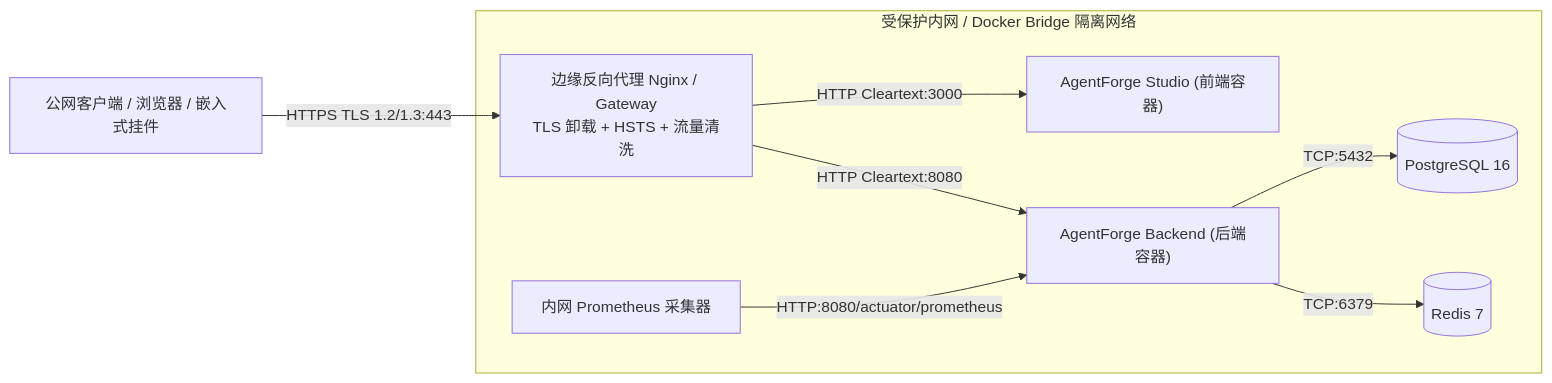
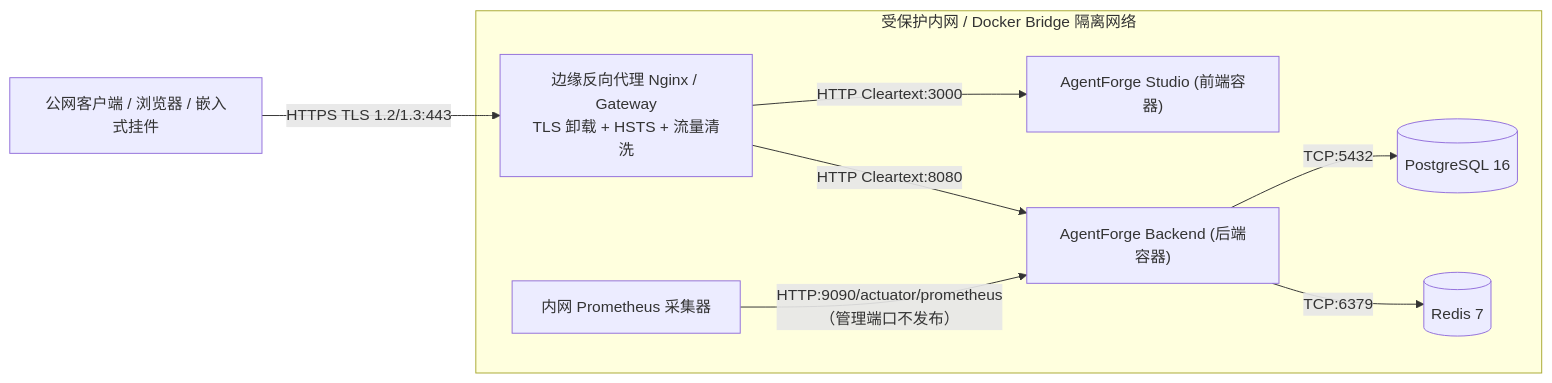
The third of 3 diagrams in docs/ARCHITECTURE.md (Emiliamio/agent-forge), drawn with Mermaid before and after one commit. The commit also changed other lines of this file and 7 other files, not shown here.

````diff
--- a/docs/ARCHITECTURE.md
+++ b/docs/ARCHITECTURE.md
@@ -289,12 +289,12 @@
 ```mermaid
 flowchart LR
     Client["公网客户端 / 浏览器 / 嵌入式挂件"] -->|HTTPS TLS 1.2/1.3:443| Proxy["边缘反向代理 Nginx / Gateway<br/>TLS 卸载 + HSTS + 流量清洗"]
     
     subgraph InternalNet["受保护内网 / Docker Bridge 隔离网络"]
         Proxy -->|HTTP Cleartext:3000| Frontend["AgentForge Studio (前端容器)"]
         Proxy -->|HTTP Cleartext:8080| Backend["AgentForge Backend (后端容器)"]
         Backend -->|TCP:5432| DB[("PostgreSQL 16")]
         Backend -->|TCP:6379| Redis[("Redis 7")]
-        Prometheus["内网 Prometheus 采集器"] -->|HTTP:8080/actuator/prometheus| Backend
+        Prometheus["内网 Prometheus 采集器"] -->|HTTP:9090/actuator/prometheus（管理端口不发布）| Backend
     end
 ```
````
